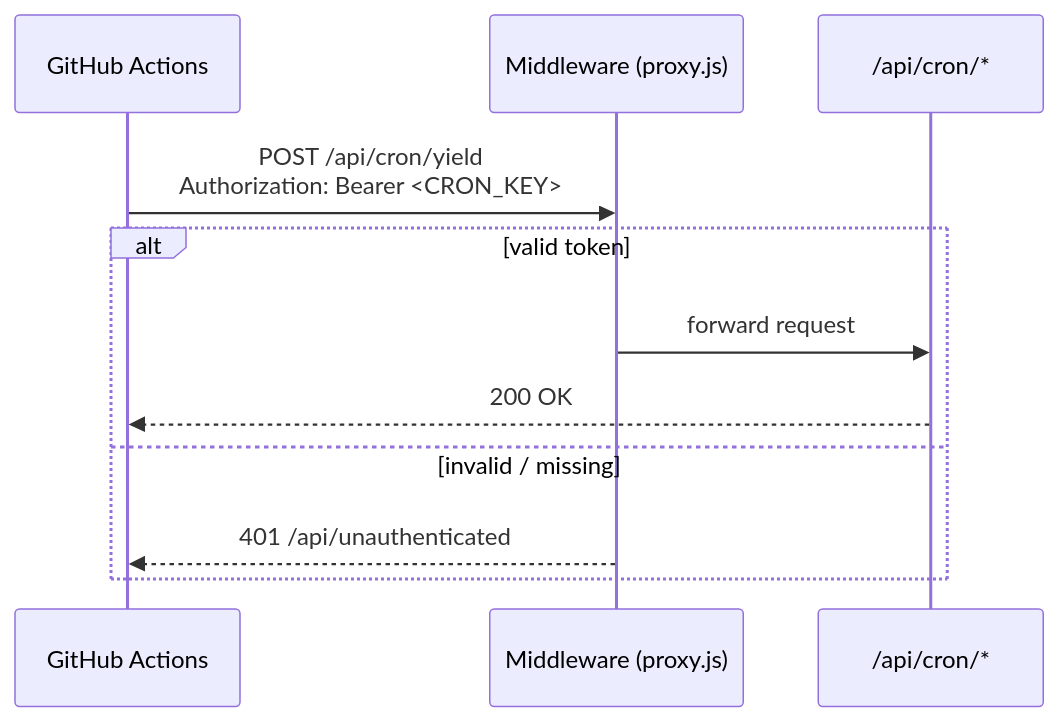
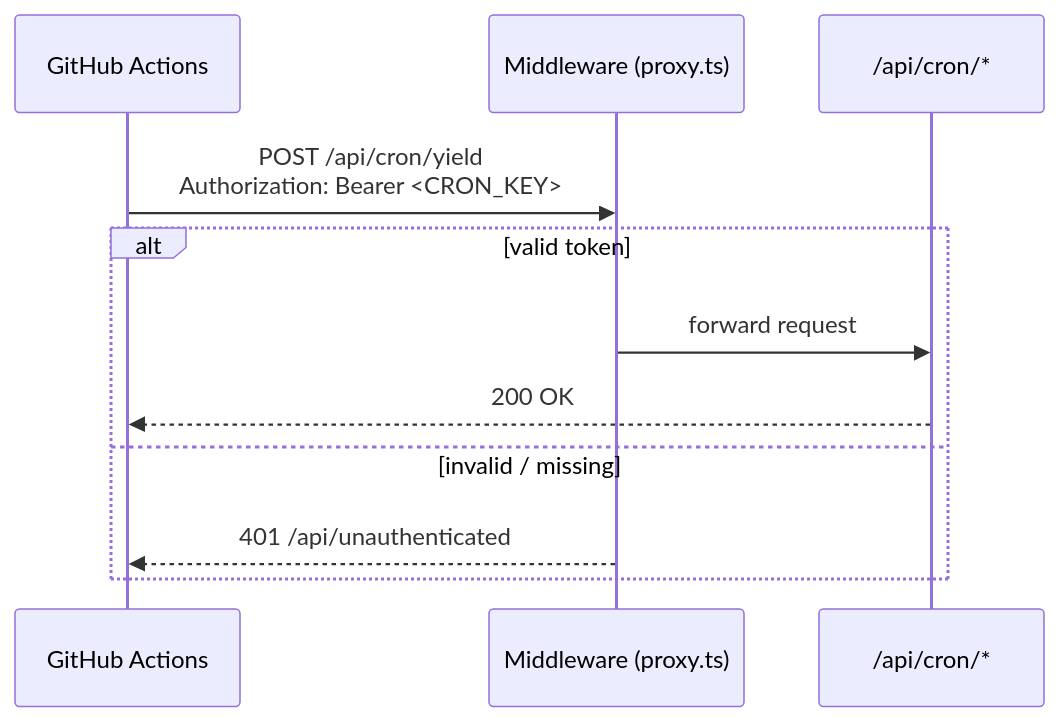
Before and after one commit to nyg/yield-borg: the second of 3 diagrams in docs/architecture.md, drawn with Mermaid. The commit also changed other lines of this file and 85 other files, not shown here.

````diff
--- a/docs/architecture.md
+++ b/docs/architecture.md
@@ -61,14 +61,14 @@
 ```mermaid
 sequenceDiagram
     participant GHA as GitHub Actions
-    participant MW as Middleware (proxy.js)
+    participant MW as Middleware (proxy.ts)
     participant API as /api/cron/*
 
     GHA->>MW: POST /api/cron/yield<br/>Authorization: Bearer <CRON_KEY>
     alt valid token
         MW->>API: forward request
         API-->>GHA: 200 OK
     else invalid / missing
         MW-->>GHA: 401 /api/unauthenticated
     end
 ```
````
